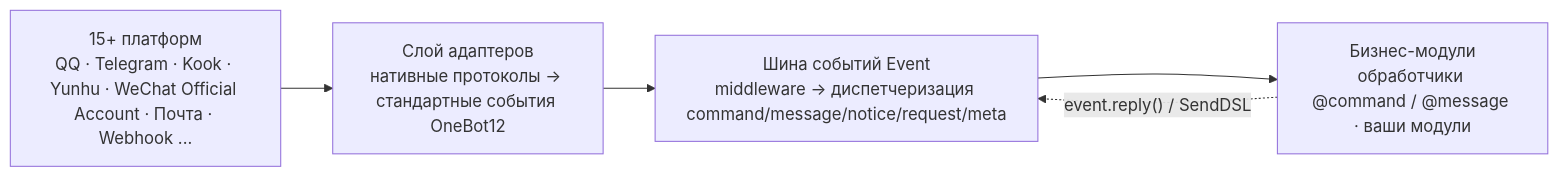
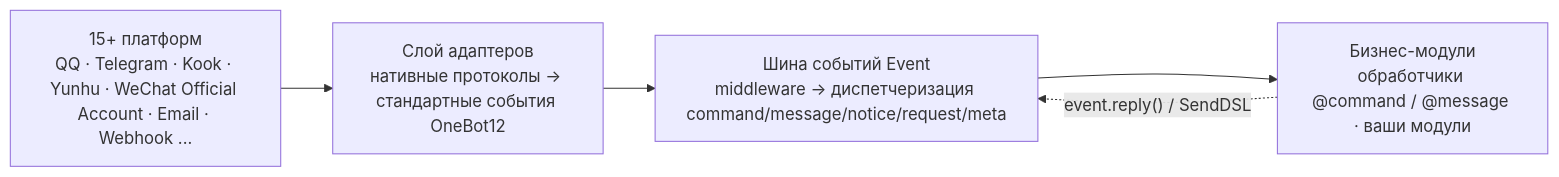
The first of 2 diagrams in README.ru.md (ErisPulse/ErisPulse), drawn with Mermaid before and after one commit. The commit also changed other lines of this file and 10 other files, not shown here.

````diff
--- a/README.ru.md
+++ b/README.ru.md
@@ -111,9 +111,9 @@
 ```mermaid
 graph LR
-    P["15+ платформ<br/>QQ · Telegram · Kook · Yunhu · WeChat Official Account · Почта · Webhook ..."]
+    P["15+ платформ<br/>QQ · Telegram · Kook · Yunhu · WeChat Official Account · Email · Webhook ..."]
     A["Слой адаптеров<br/>нативные протоколы → стандартные события OneBot12"]
     Event["Шина событий Event<br/>middleware → диспетчеризация command/message/notice/request/meta"]
     M["Бизнес-модули<br/>обработчики @command / @message · ваши модули"]
     P --> A --> Event --> M
     M -.->|"event.reply() / SendDSL"| Event
 ```
````
